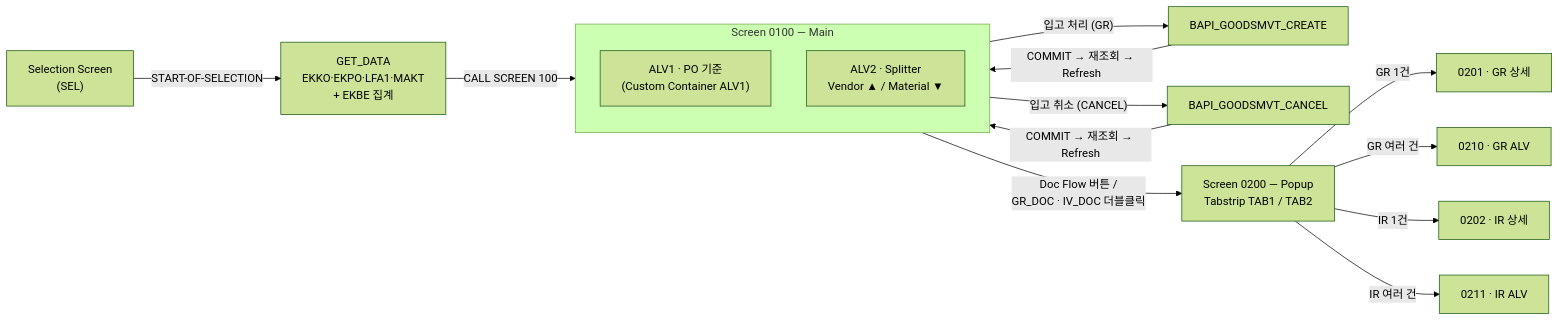
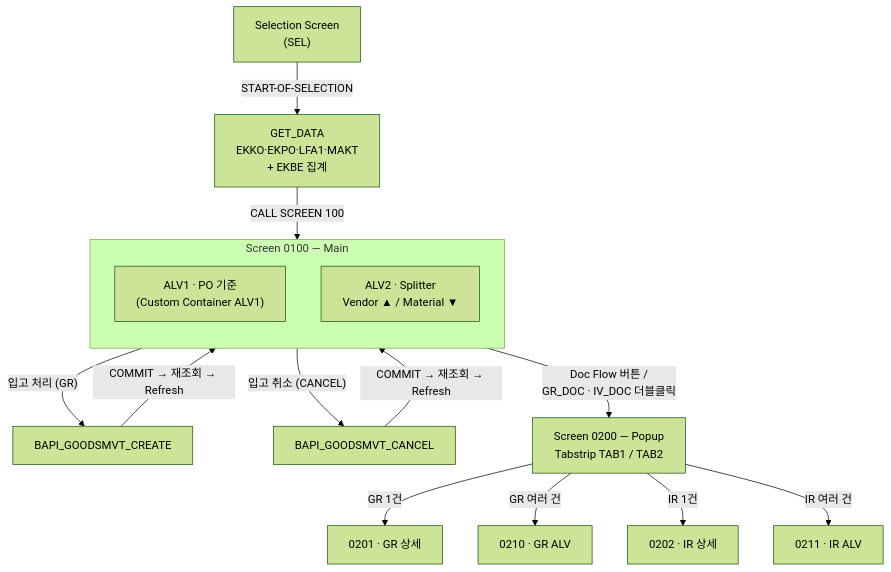
The diagram in projects/mm-purchasing-processing-info/README.md (JMPlayground/sap-abap-portfolio), drawn with Mermaid (forest theme) before and after one commit. The commit also changed other lines of this file, not shown here.

Commit message:
README: vertical flow diagram, fix TOC anchor

````diff
--- a/projects/mm-purchasing-processing-info/README.md
+++ b/projects/mm-purchasing-processing-info/README.md
@@ -51,21 +51,21 @@
 ```mermaid
-flowchart LR
+flowchart TD
     A["Selection Screen<br/>(SEL)"] -->|START-OF-SELECTION| B["GET_DATA<br/>EKKO·EKPO·LFA1·MAKT<br/>+ EKBE 집계"]
     B -->|CALL SCREEN 100| C
 
     subgraph C["Screen 0100 — Main"]
         direction TB
         C1["ALV1 · PO 기준<br/>(Custom Container ALV1)"]
         C2["ALV2 · Splitter<br/>Vendor ▲ / Material ▼"]
     end
 
     C1 -->|"입고 처리 (GR)"| D["BAPI_GOODSMVT_CREATE"]
     C1 -->|"입고 취소 (CANCEL)"| E["BAPI_GOODSMVT_CANCEL"]
     D & E -->|COMMIT → 재조회 → Refresh| C1
 
     C1 -->|"Doc Flow 버튼 /<br/>GR_DOC · IV_DOC 더블클릭"| F["Screen 0200 — Popup<br/>Tabstrip TAB1 / TAB2"]
     F -->|"GR 1건"| G1["0201 · GR 상세"]
     F -->|"GR 여러 건"| G2["0210 · GR ALV"]
     F -->|"IR 1건"| H1["0202 · IR 상세"]
     F -->|"IR 여러 건"| H2["0211 · IR ALV"]
 ```
````
